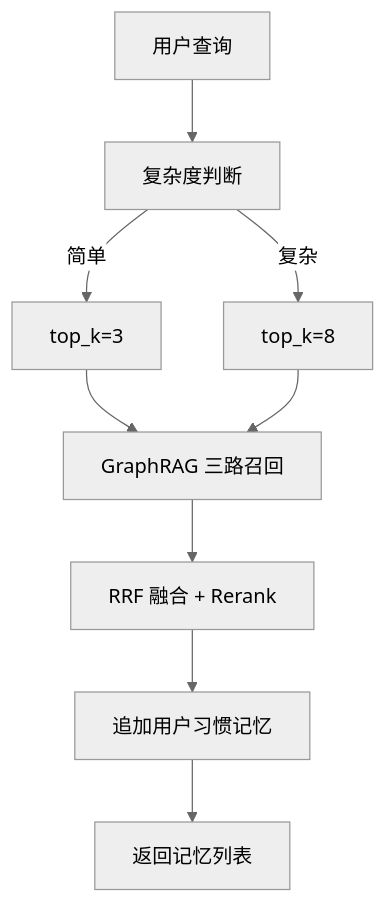
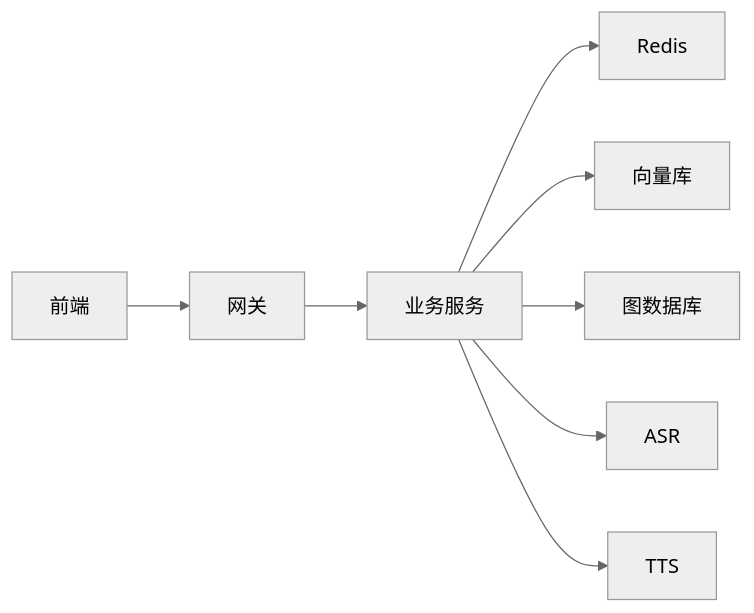
Before and after one commit to zmdhdu/NexusCockpit: the sixth of 7 diagrams in .qoder/repowiki/zh/content/架构设计/架构设计.md, drawn with Mermaid (neutral theme). The commit also changed other lines of this file and 535 other files, not shown here.

````diff
--- a/.qoder/repowiki/zh/content/架构设计/架构设计.md
+++ b/.qoder/repowiki/zh/content/架构设计/架构设计.md
@@ -235,11 +313,10 @@
 ```mermaid
-flowchart TD
-Q["用户查询"] --> Decide["复杂度判断"]
-Decide --> |简单| K3["top_k=3"]
-Decide --> |复杂| K8["top_k=8"]
-K3 --> GR["GraphRAG 三路召回"]
-K8 --> GR
-GR --> Merge["RRF 融合 + Rerank"]
-Merge --> Habits["追加用户习惯记忆"]
-Habits --> Out["返回记忆列表"]
+graph LR
+FE["前端"] --> GW["网关"]
+GW --> PY["业务服务"]
+PY --> REDIS["Redis"]
+PY --> VDB["向量库"]
+PY --> GDB["图数据库"]
+PY --> ASR["ASR"]
+PY --> TTS["TTS"]
 ```
````
